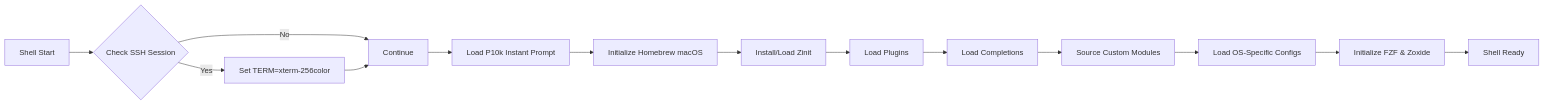
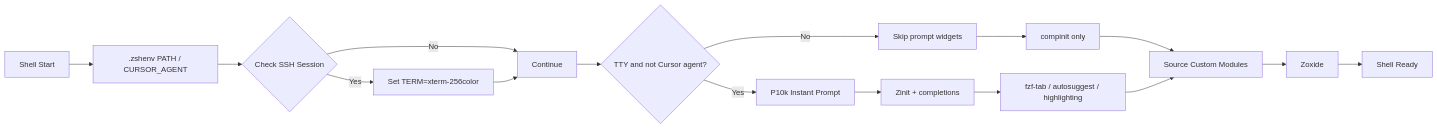
One commit to uarslandev/infra changed the second of 3 diagrams in dotfiles/roles/zsh/README.md. Above: the diagram before and after it, drawn with Mermaid. The commit also changed other lines of this file and 29 other files, not shown here.

````diff
--- a/dotfiles/roles/zsh/README.md
+++ b/dotfiles/roles/zsh/README.md
@@ -189,16 +166,18 @@
 ```mermaid
 flowchart LR
-    A[Shell Start] --> B{Check SSH Session}
+    A[Shell Start] --> Zenv[".zshenv PATH / CURSOR_AGENT"]
+    Zenv --> B{Check SSH Session}
     B -->|Yes| C[Set TERM=xterm-256color]
     B -->|No| D[Continue]
     C --> D
-    D --> E[Load P10k Instant Prompt]
-    E --> F[Initialize Homebrew macOS]
-    F --> G[Install/Load Zinit]
-    G --> H[Load Plugins]
-    H --> I[Load Completions]
-    I --> J[Source Custom Modules]
-    J --> K[Load OS-Specific Configs]
-    K --> L[Initialize FZF & Zoxide]
+    D --> E{TTY and not Cursor agent?}
+    E -->|Yes| F[P10k Instant Prompt]
+    E -->|No| G[Skip prompt widgets]
+    F --> H[Zinit + completions]
+    G --> I[compinit only]
+    H --> J[fzf-tab / autosuggest / highlighting]
+    I --> K[Source Custom Modules]
+    J --> K
+    K --> L[Zoxide]
     L --> M[Shell Ready]
 ```
````
